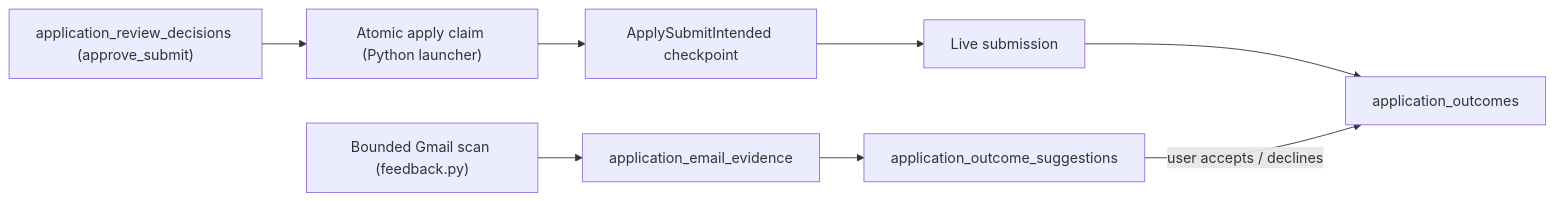
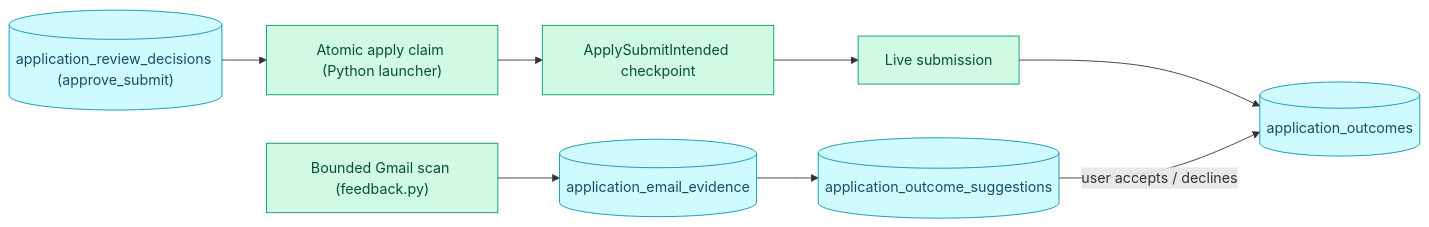
One commit to ebarti/JobCtrl changed the second of 2 diagrams in docs/architecture/read-model.md. Above: the diagram before and after it, drawn with Mermaid. The commit also changed other lines of this file and 57 other files, not shown here.

````diff
--- a/docs/architecture/read-model.md
+++ b/docs/architecture/read-model.md
@@ -19,10 +33,15 @@
 ```mermaid
 flowchart LR
-    RD["application_review_decisions (approve_submit)"] --> CLAIM["Atomic apply claim (Python launcher)"]
+    RD[("application_review_decisions (approve_submit)")] --> CLAIM["Atomic apply claim (Python launcher)"]
     CLAIM --> INTENT["ApplySubmitIntended checkpoint"]
     INTENT --> SUBMIT["Live submission"]
-    SUBMIT --> OUT["application_outcomes"]
-    GM["Bounded Gmail scan (feedback.py)"] --> EVID["application_email_evidence"]
-    EVID --> SUG["application_outcome_suggestions"]
+    SUBMIT --> OUT[("application_outcomes")]
+    GM["Bounded Gmail scan (feedback.py)"] --> EVID[("application_email_evidence")]
+    EVID --> SUG[("application_outcome_suggestions")]
     SUG -->|"user accepts / declines"| OUT
+
+    classDef py fill:#d1fae5,stroke:#059669,color:#064e3b
+    classDef store fill:#cffafe,stroke:#0891b2,color:#164e63
+    class CLAIM,INTENT,SUBMIT,GM py
+    class RD,OUT,EVID,SUG store
 ```
````
